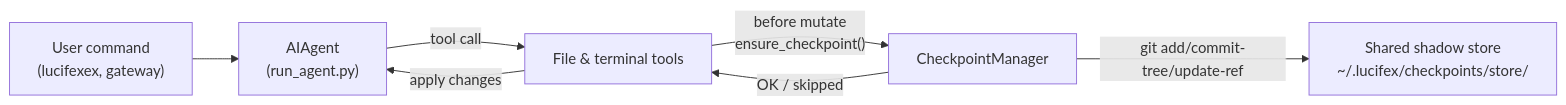
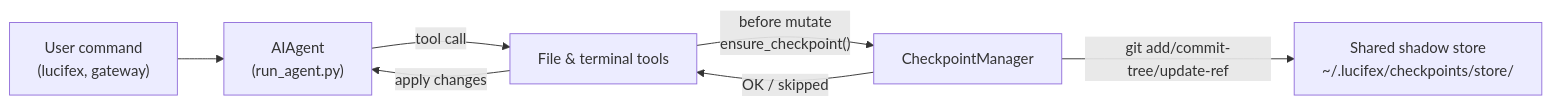
The diagram in website/docs/user-guide/checkpoints-and-rollback.md (Gabrie-yx/lucifexia), drawn with Mermaid before and after one commit. The commit also changed other lines of this file and 1226 other files, not shown here.

````diff
--- a/website/docs/user-guide/checkpoints-and-rollback.md
+++ b/website/docs/user-guide/checkpoints-and-rollback.md
@@ -69,15 +69,15 @@
 ```mermaid
 flowchart LR
-  user["User command\n(lucifexex, gateway)"]
+  user["User command\n(lucifex, gateway)"]
   agent["AIAgent\n(run_agent.py)"]
   tools["File & terminal tools"]
   cpMgr["CheckpointManager"]
   store["Shared shadow store\n~/.lucifex/checkpoints/store/"]
 
   user --> agent
   agent -->|"tool call"| tools
   tools -->|"before mutate\nensure_checkpoint()"| cpMgr
   cpMgr -->|"git add/commit-tree/update-ref"| store
   cpMgr -->|"OK / skipped"| tools
   tools -->|"apply changes"| agent
 ```
````
